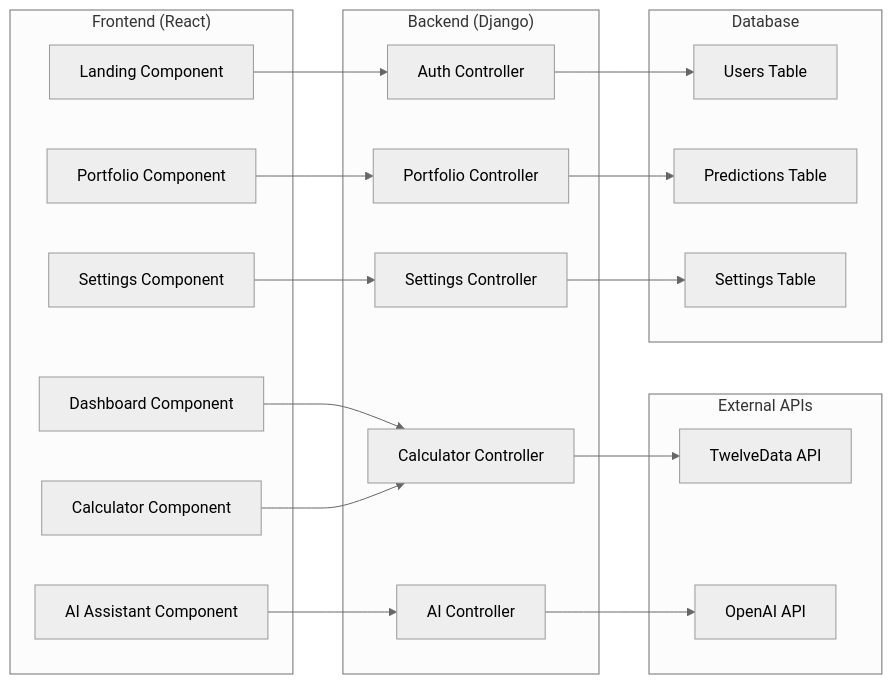
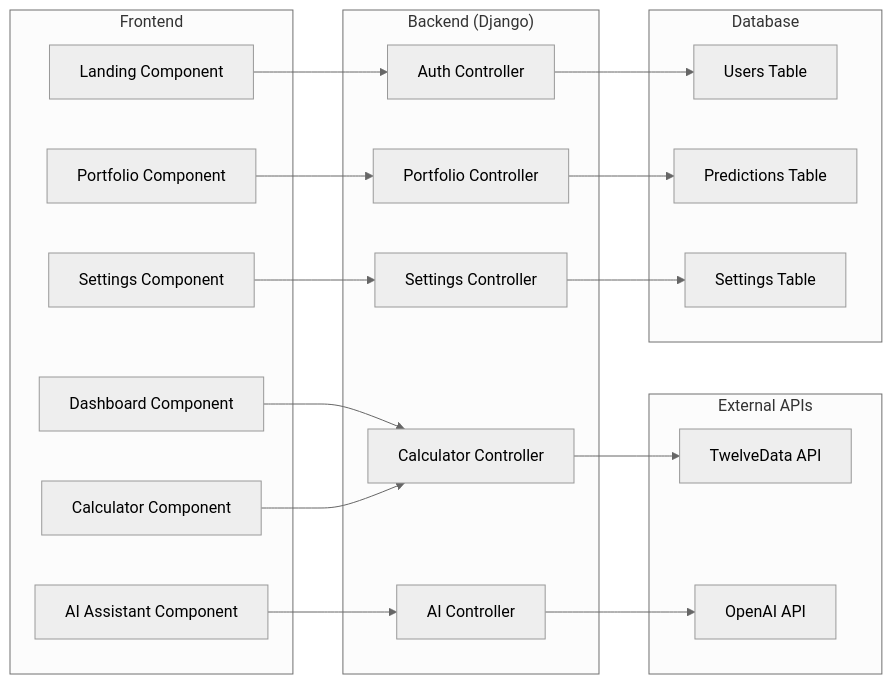
One commit to BedheadProgrammer/FinanceBuddy changed the second of 2 diagrams in UI_Flow_Diagram.md. Above: the diagram before and after it, drawn with Mermaid (neutral theme).

````diff
--- a/UI_Flow_Diagram.md
+++ b/UI_Flow_Diagram.md
@@ -53,44 +53,44 @@
 ```mermaid
 graph LR
-    subgraph "Frontend (React)"
+    subgraph "Frontend "
         A[Landing Component]
         B[Dashboard Component]
         C[Calculator Component]
         D[Portfolio Component]
         E[AI Assistant Component]
         F[Settings Component]
     end
 
     subgraph "Backend (Django)"
         G[Auth Controller]
         H[Calculator Controller]
         I[Portfolio Controller]
         J[AI Controller]
         K[Settings Controller]
     end
 
     subgraph "External APIs"
         L[TwelveData API]
         M[OpenAI API]
     end
 
     subgraph "Database"
         N[Users Table]
         O[Predictions Table]
         P[Settings Table]
     end
 
     A --> G
     B --> H
     C --> H
     D --> I
     E --> J
     F --> K
 
     H --> L
     J --> M
 
     G --> N
     I --> O
     K --> P
 ```
````
